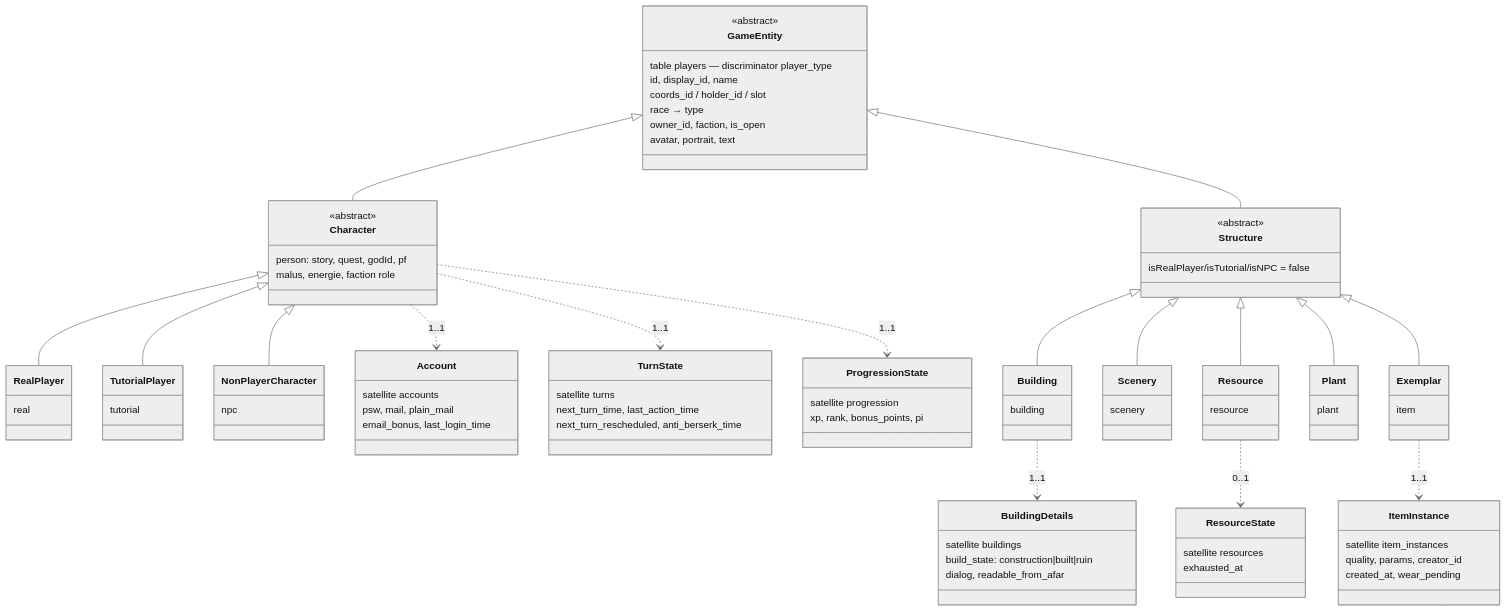
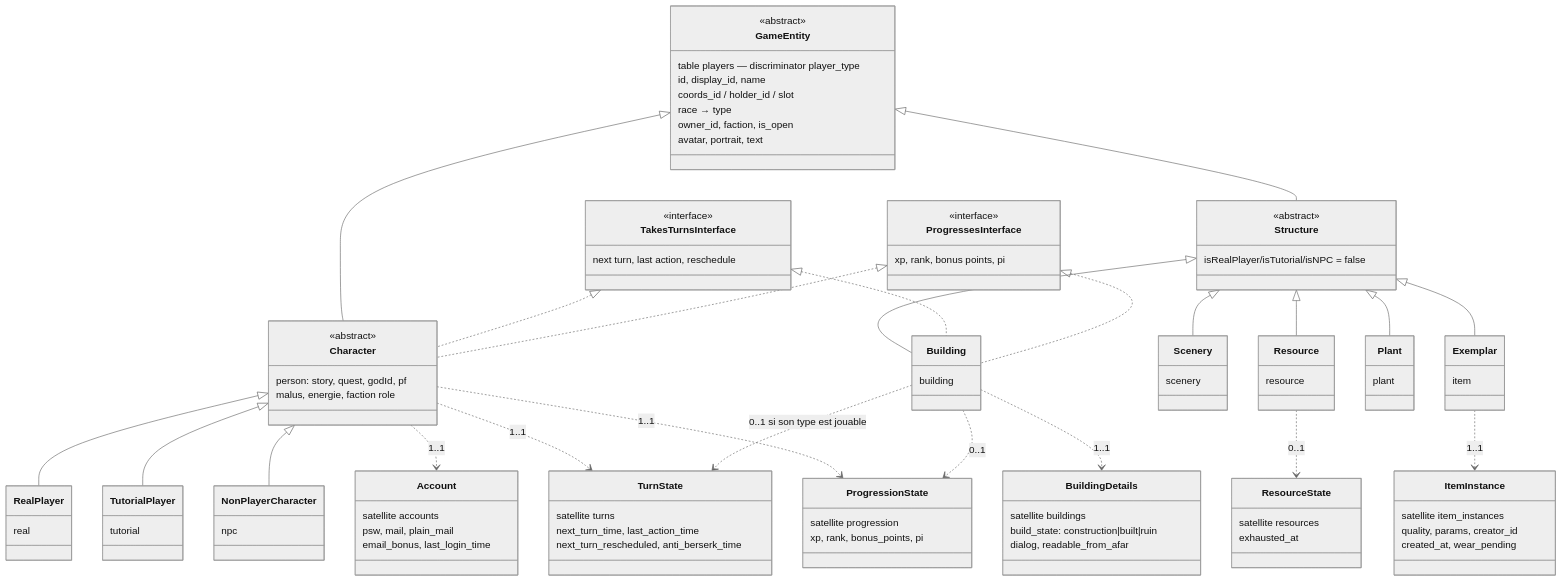
One commit to Age-Of-Olympia/aoo-engine changed the third of 8 diagrams in docs/entity-system-overview.md. Above: the diagram before and after it, drawn with Mermaid (neutral theme). The commit also changed other lines of this file and 8 other files, not shown here.

```diff
--- a/docs/entity-system-overview.md
+++ b/docs/entity-system-overview.md
@@ -128,6 +128,14 @@
         race → type
         owner_id, faction, is_open
         avatar, portrait, text
+    }
+    class TakesTurnsInterface {
+        <<interface>>
+        next turn, last action, reschedule
+    }
+    class ProgressesInterface {
+        <<interface>>
+        xp, rank, bonus points, pi
     }
     class Character {
         <<abstract>>
@@ -187,9 +195,16 @@
     Structure <|-- Plant
     Structure <|-- Exemplar
 
+    TakesTurnsInterface <|.. Character
+    ProgressesInterface <|.. Character
+    TakesTurnsInterface <|.. Building
+    ProgressesInterface <|.. Building
+
     Character ..> Account : 1..1
     Character ..> TurnState : 1..1
     Character ..> ProgressionState : 1..1
+    Building ..> TurnState : 0..1 si son type est jouable
+    Building ..> ProgressionState : 0..1
     Building ..> BuildingDetails : 1..1
     Resource ..> ResourceState : 0..1
     Exemplar ..> ItemInstance : 1..1
```
